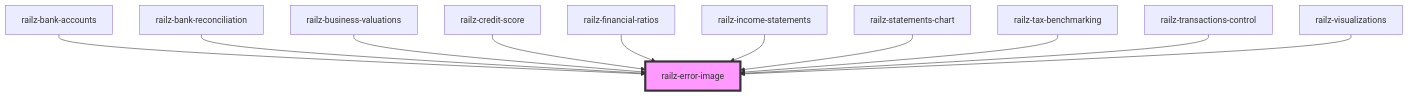
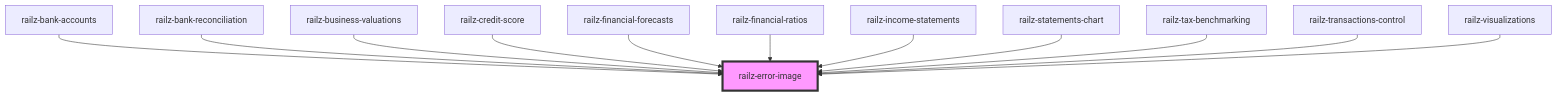
One commit to railz-ai/railz-visualizations changed the diagram in packages/components/src/elements/error/readme.md. Above: the diagram before and after it, drawn with Mermaid. The commit also changed other lines of this file and 11 other files, not shown here.

First line of the commit message:
feat: New component financial forecasts (#182)

````diff
--- a/packages/components/src/elements/error/readme.md
+++ b/packages/components/src/elements/error/readme.md
@@ -32,14 +33,15 @@
 ```mermaid
 graph TD;
   railz-bank-accounts --> railz-error-image
   railz-bank-reconciliation --> railz-error-image
   railz-business-valuations --> railz-error-image
   railz-credit-score --> railz-error-image
+  railz-financial-forecasts --> railz-error-image
   railz-financial-ratios --> railz-error-image
   railz-income-statements --> railz-error-image
   railz-statements-chart --> railz-error-image
   railz-tax-benchmarking --> railz-error-image
   railz-transactions-control --> railz-error-image
   railz-visualizations --> railz-error-image
   style railz-error-image fill:#f9f,stroke:#333,stroke-width:4px
 ```
````
